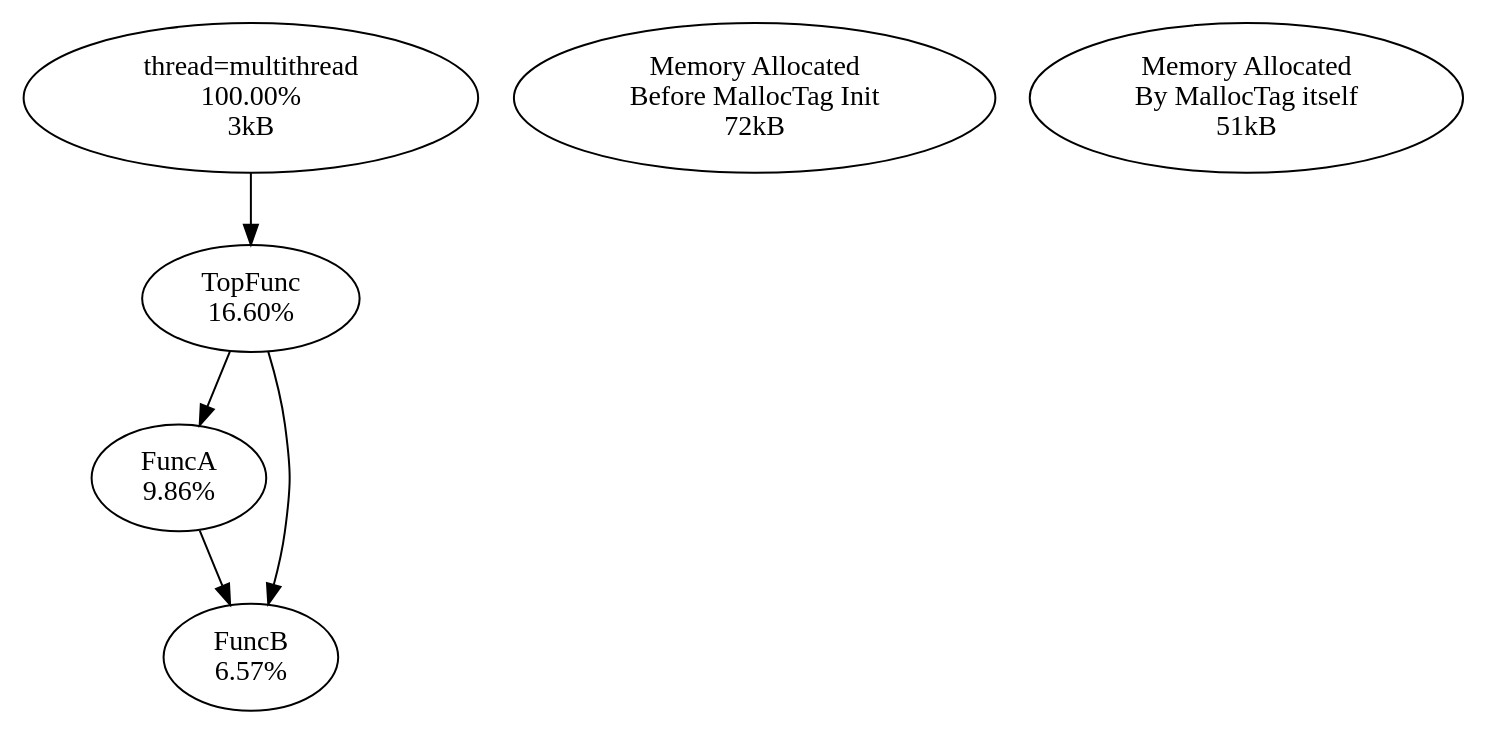
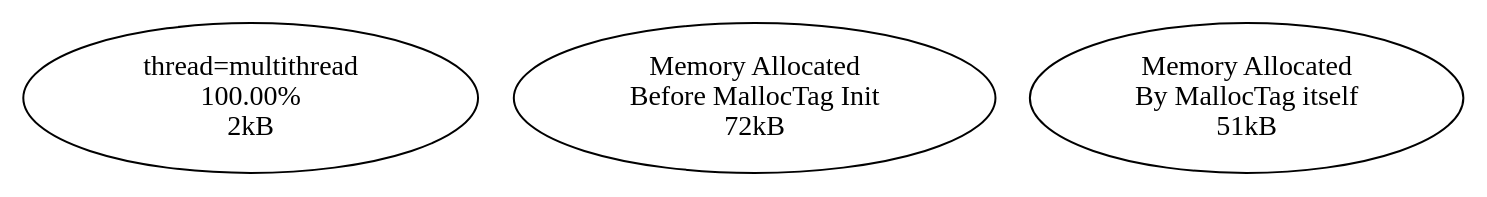
One commit to f18m/malloc-tag changed the diagram in examples/multithread/multithread_stats.dot. Above: the diagram before and after it, drawn with Graphviz. The commit also changed 9 other files, not shown here.

Commit message:
Implement multithread example Implement a global registry of malloc trees Copy settings for secondary trees from the main-thread tree

```diff
--- a/examples/multithread/multithread_stats.dot
+++ b/examples/multithread/multithread_stats.dot
@@ -1,13 +1,5 @@
 digraph MallocTree {
-multithread [label="thread=multithread\n100.00%\n3kB"]
-multithread -> TopFunc
-TopFunc [label="TopFunc\n16.60%"]
-TopFunc -> FuncA
-TopFunc -> FuncB
-FuncA [label="FuncA\n9.86%"]
-FuncA -> FuncB
-FuncB [label="FuncB\n6.57%"]
-FuncB [label="FuncB\n6.57%"]
+multithread [label="thread=multithread\n100.00%\n2kB"]
 __before_init_node__ [label="Memory Allocated\nBefore MallocTag Init\n72kB"]
 __malloctag_self_memory__ [label="Memory Allocated\nBy MallocTag itself\n51kB"]
 }
```
